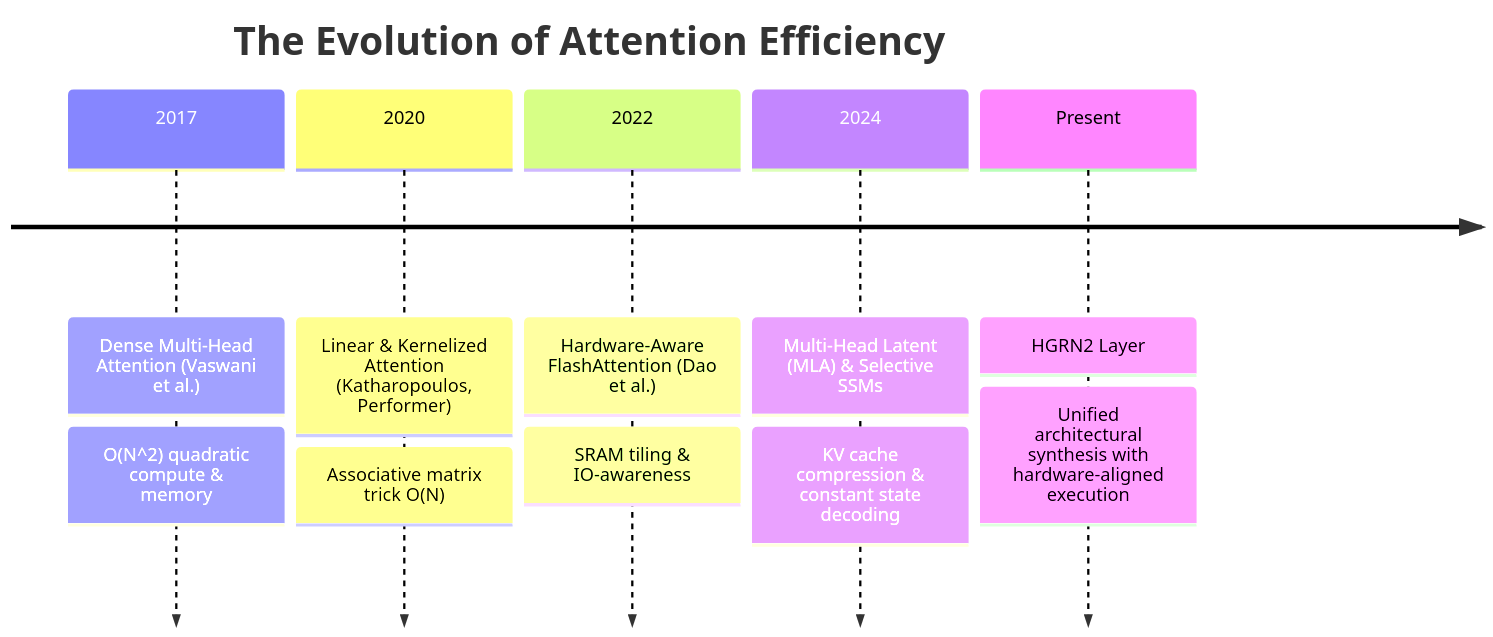
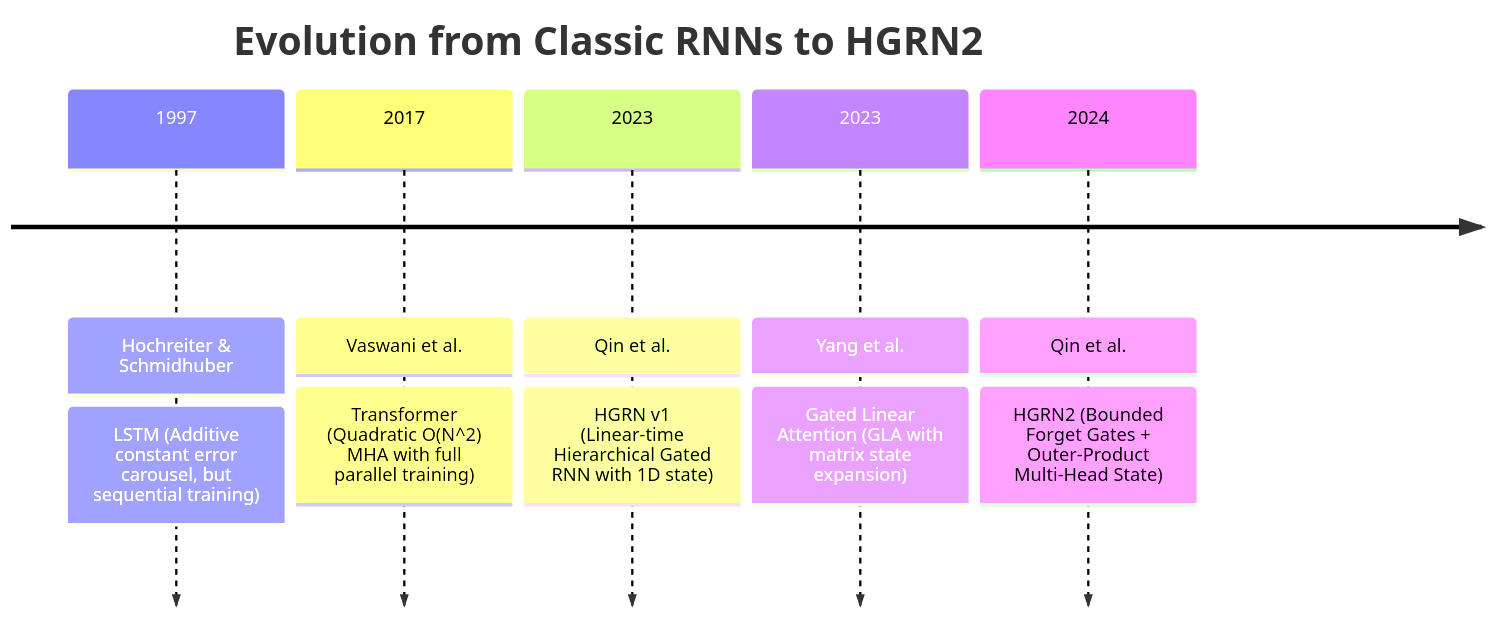
The first of 2 diagrams in Docs/content/attentions_blog/hgrn2_layer_blog.md (tahamajs/NeuralOps), drawn with Mermaid before and after one commit. The commit also changed other lines of this file and 1 other file, not shown here.

First line of the commit message:
docs(blog): refine Gated DeltaNet technical deep dive

````diff
--- a/Docs/content/attentions_blog/hgrn2_layer_blog.md
+++ b/Docs/content/attentions_blog/hgrn2_layer_blog.md
@@ -58,9 +75,9 @@
 ```mermaid
 timeline
-    title The Evolution of Attention Efficiency
-    2017 : Dense Multi-Head Attention (Vaswani et al.) : O(N^2) quadratic compute & memory
-    2020 : Linear & Kernelized Attention (Katharopoulos, Performer) : Associative matrix trick O(N)
-    2022 : Hardware-Aware FlashAttention (Dao et al.) : SRAM tiling & IO-awareness
-    2024 : Multi-Head Latent (MLA) & Selective SSMs : KV cache compression & constant state decoding
-    Present : HGRN2 Layer : Unified architectural synthesis with hardware-aligned execution
+    title Evolution from Classic RNNs to HGRN2
+    1997 : Hochreiter & Schmidhuber : LSTM (Additive constant error carousel, but sequential training)
+    2017 : Vaswani et al. : Transformer (Quadratic O(N^2) MHA with full parallel training)
+    2023 : Qin et al. : HGRN v1 (Linear-time Hierarchical Gated RNN with 1D state)
+    2023 : Yang et al. : Gated Linear Attention (GLA with matrix state expansion)
+    2024 : Qin et al. : HGRN2 (Bounded Forget Gates + Outer-Product Multi-Head State)
 ```
````
